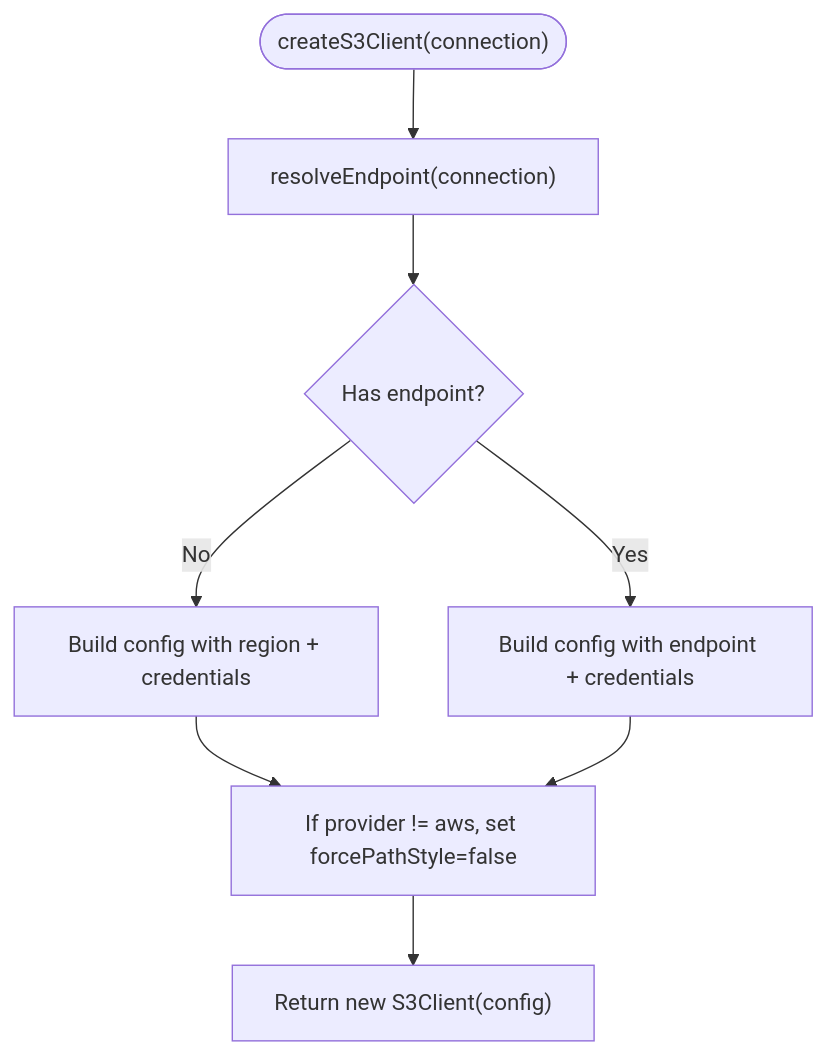
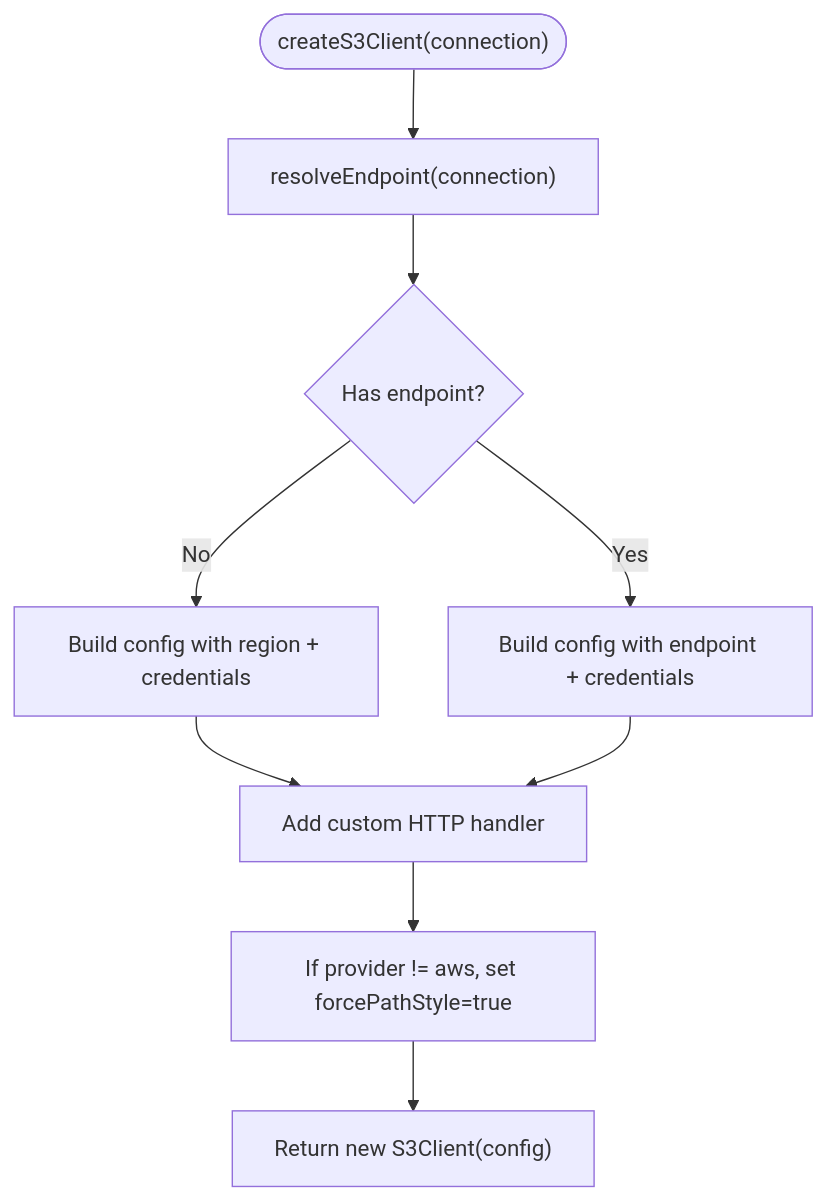
Before and after one commit to nasrulhadi/s3-explorer: the fourth of 10 diagrams in .qoder/repowiki/en/content/Technical Implementation/S3 Integration.md, drawn with Mermaid. The commit also changed other lines of this file and 26 other files, not shown here.

````diff
--- a/.qoder/repowiki/en/content/Technical Implementation/S3 Integration.md
+++ b/.qoder/repowiki/en/content/Technical Implementation/S3 Integration.md
@@ -140,10 +201,11 @@
 ```mermaid
 flowchart TD
 Start(["createS3Client(connection)"]) --> Resolve["resolveEndpoint(connection)"]
 Resolve --> HasEndpoint{"Has endpoint?"}
 HasEndpoint --> |No| ConfigNoEP["Build config with region + credentials"]
 HasEndpoint --> |Yes| ConfigWithEP["Build config with endpoint + credentials"]
-ConfigNoEP --> MaybePath["If provider != aws, set forcePathStyle=false"]
-ConfigWithEP --> MaybePath
+ConfigNoEP --> AddHandler["Add custom HTTP handler"]
+ConfigWithEP --> AddHandler
+AddHandler --> MaybePath["If provider != aws, set forcePathStyle=true"]
 MaybePath --> Return["Return new S3Client(config)"]
 ```
````
